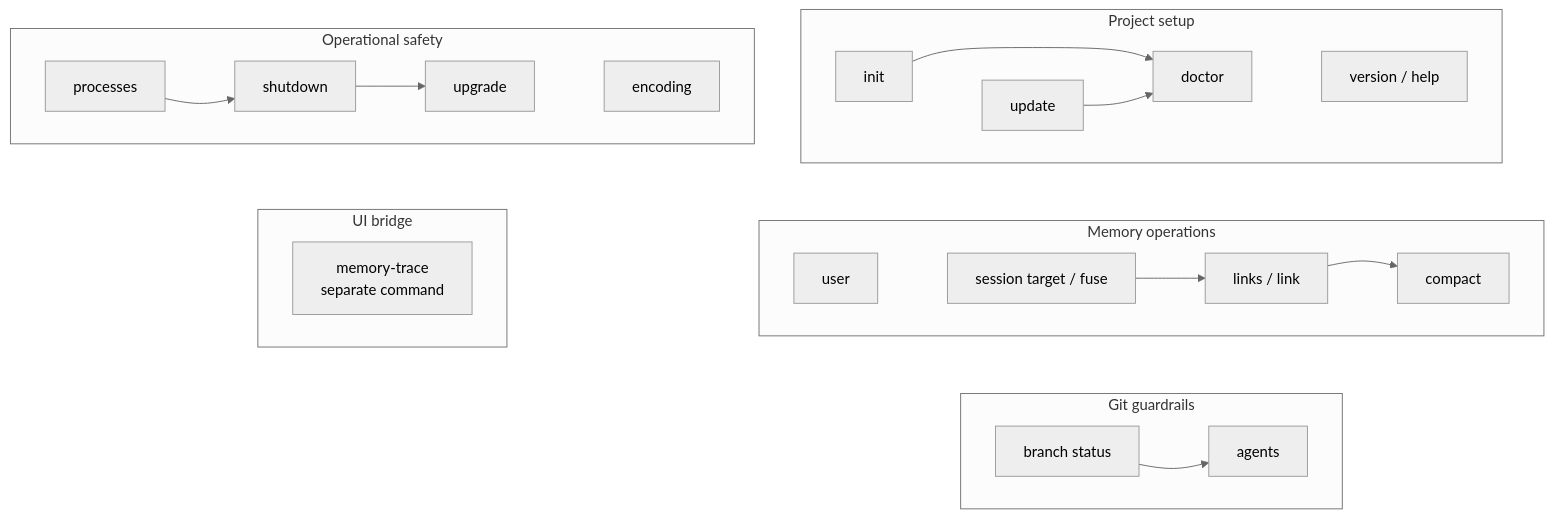
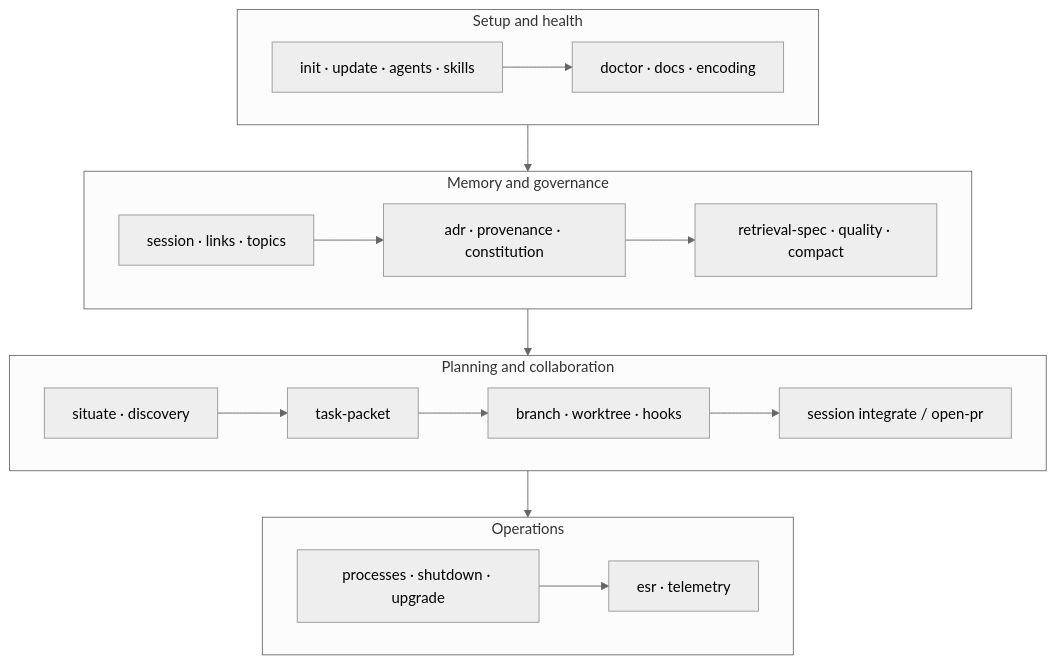
One commit to jnl-tshi/memory-seed changed the fourth of 26 diagrams in docs/3_Spec/functionality-audit.md. Above: the diagram before and after it, drawn with Mermaid (neutral theme). The commit also changed other lines of this file and 3 other files, not shown here.

````diff
--- a/docs/3_Spec/functionality-audit.md
+++ b/docs/3_Spec/functionality-audit.md
@@ -263,42 +282,29 @@
 ```mermaid
-graph TD
-  subgraph SetupTier["Project setup"]
+flowchart TD
+  subgraph Setup["Setup and health"]
     direction LR
-    INIT["init"] ~~~ UPDATE["update"]
-    DOCTOR["doctor"] ~~~ VERSION["version / help"]
+    INSTALL["init · update · agents · skills"] --> HEALTH["doctor · docs · encoding"]
   end
 
-  subgraph MemoryTier["Memory operations"]
+  subgraph Memory["Memory and governance"]
     direction LR
-    USER["user"] ~~~ SESSION["session target / fuse"]
-    COMPACT["compact"] ~~~ LINKS["links / link"]
+    SESSION["session · links · topics"] --> ADR["adr · provenance · constitution"]
+    ADR --> RETRIEVAL["retrieval-spec · quality · compact"]
   end
 
-  subgraph GitTier["Git guardrails"]
+  subgraph Collaboration["Planning and collaboration"]
     direction LR
-    BRANCH["branch status"] ~~~ AGENTS["agents"]
+    ORIENT["situate · discovery"] --> PACKET["task-packet"]
+    PACKET --> GIT["branch · worktree · hooks"]
+    GIT --> LAND["session integrate / open-pr"]
   end
 
-  subgraph OpsTier["Operational safety"]
+  subgraph Operations["Operations"]
     direction LR
-    PROCESSES["processes"] ~~~ SHUTDOWN["shutdown"]
-    UPGRADE["upgrade"] ~~~ ENCODING["encoding"]
+    PROCESS["processes · shutdown · upgrade"] --> CLOSE["esr · telemetry"]
   end
 
-  subgraph UiTier["UI bridge"]
-    direction LR
-    TRACE["memory-trace<br>separate command"]
-  end
-
-  SetupTier ~~~ MemoryTier
-  MemoryTier ~~~ GitTier
-  OpsTier ~~~ UiTier
-
-  INIT --> DOCTOR
-  UPDATE --> DOCTOR
-  SESSION --> LINKS
-  LINKS --> COMPACT
-  BRANCH --> AGENTS
-  PROCESSES --> SHUTDOWN
-  SHUTDOWN --> UPGRADE
+  HEALTH --> SESSION
+  RETRIEVAL --> ORIENT
+  LAND --> CLOSE
 ```
````
